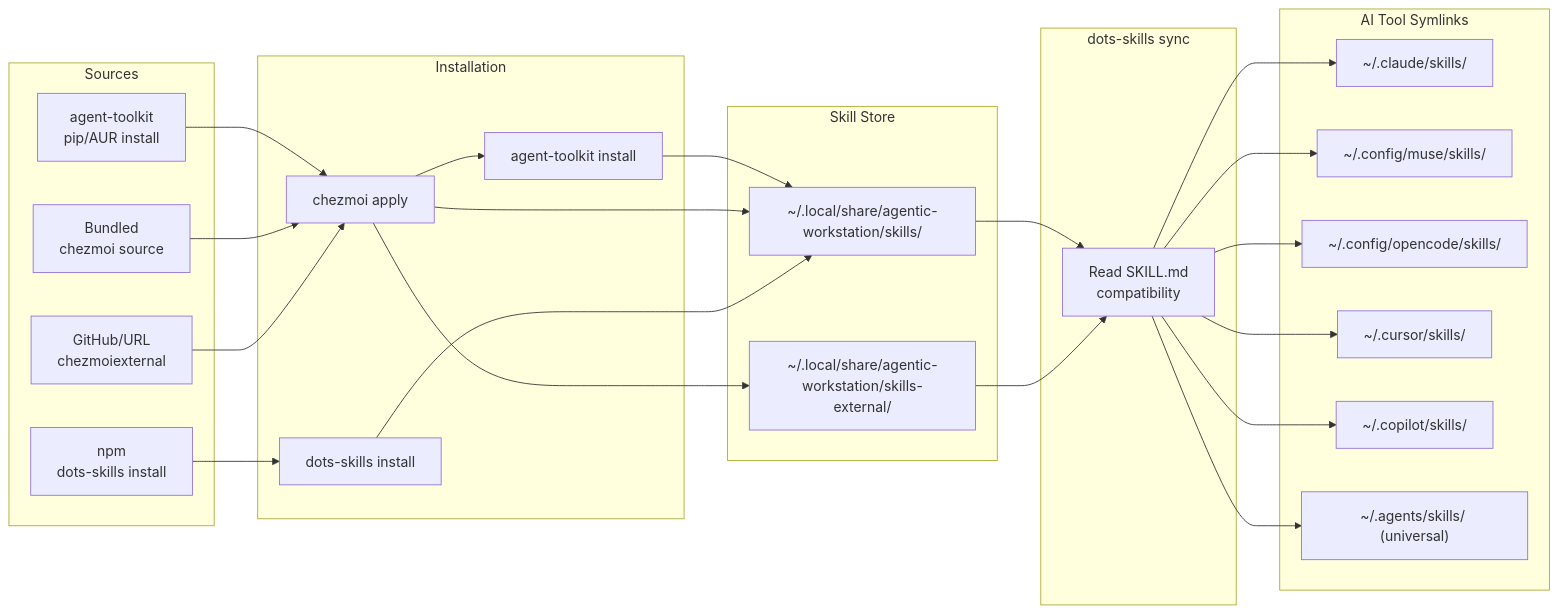
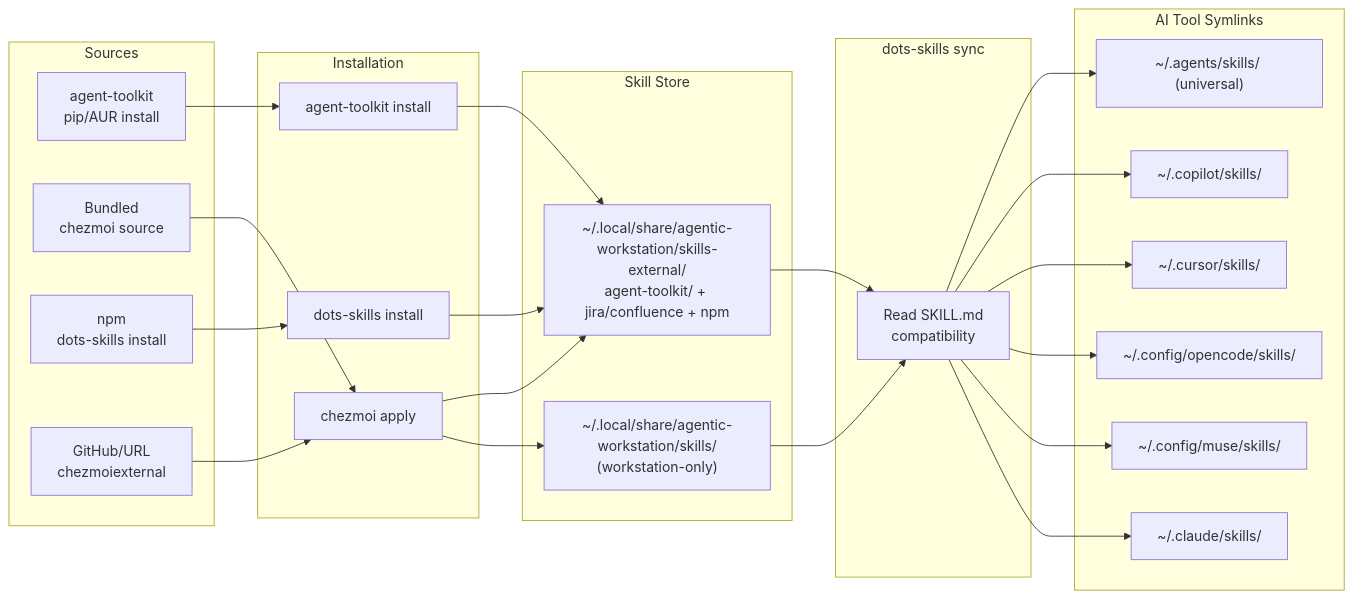
The diagram in docs/SKILLS.md (ulises-jeremias/agentic-workstation), drawn with Mermaid before and after one commit. The commit also changed other lines of this file and 11 other files, not shown here.

````diff
--- a/docs/SKILLS.md
+++ b/docs/SKILLS.md
@@ -24,46 +24,46 @@
 ```mermaid
 flowchart LR
     subgraph Sources
         AT[agent-toolkit<br/>pip/AUR install]
         B[Bundled<br/>chezmoi source]
         N[npm<br/>dots-skills install]
         G[GitHub/URL<br/>chezmoiexternal]
     end
 
     subgraph Install["Installation"]
         CA[chezmoi apply]
         ATI[agent-toolkit install]
         NS[dots-skills install]
     end
 
     subgraph Store["Skill Store"]
-        S1["~/.local/share/agentic-workstation/skills/"]
-        S2["~/.local/share/agentic-workstation/skills-external/"]
+        S1["~/.local/share/agentic-workstation/skills/<br/>(workstation-only)"]
+        S2["~/.local/share/agentic-workstation/skills-external/<br/>agent-toolkit/ + jira/confluence + npm"]
     end
 
     subgraph Sync["dots-skills sync"]
         SJ["Read SKILL.md<br/>compatibility"]
     end
 
     subgraph Tools["AI Tool Symlinks"]
         T1["~/.claude/skills/"]
         T2["~/.config/muse/skills/"]
         T3["~/.config/opencode/skills/"]
         T4["~/.cursor/skills/"]
         T5["~/.copilot/skills/"]
         T6["~/.agents/skills/ (universal)"]
     end
 
-    AT --> CA --> ATI --> S1
+    AT --> ATI --> S2
     B --> CA --> S1
-    N --> NS --> S1
+    N --> NS --> S2
     G --> CA --> S2
     S1 --> SJ
     S2 --> SJ
     SJ --> T1
     SJ --> T2
     SJ --> T3
     SJ --> T4
     SJ --> T5
     SJ --> T6
 ```
````
